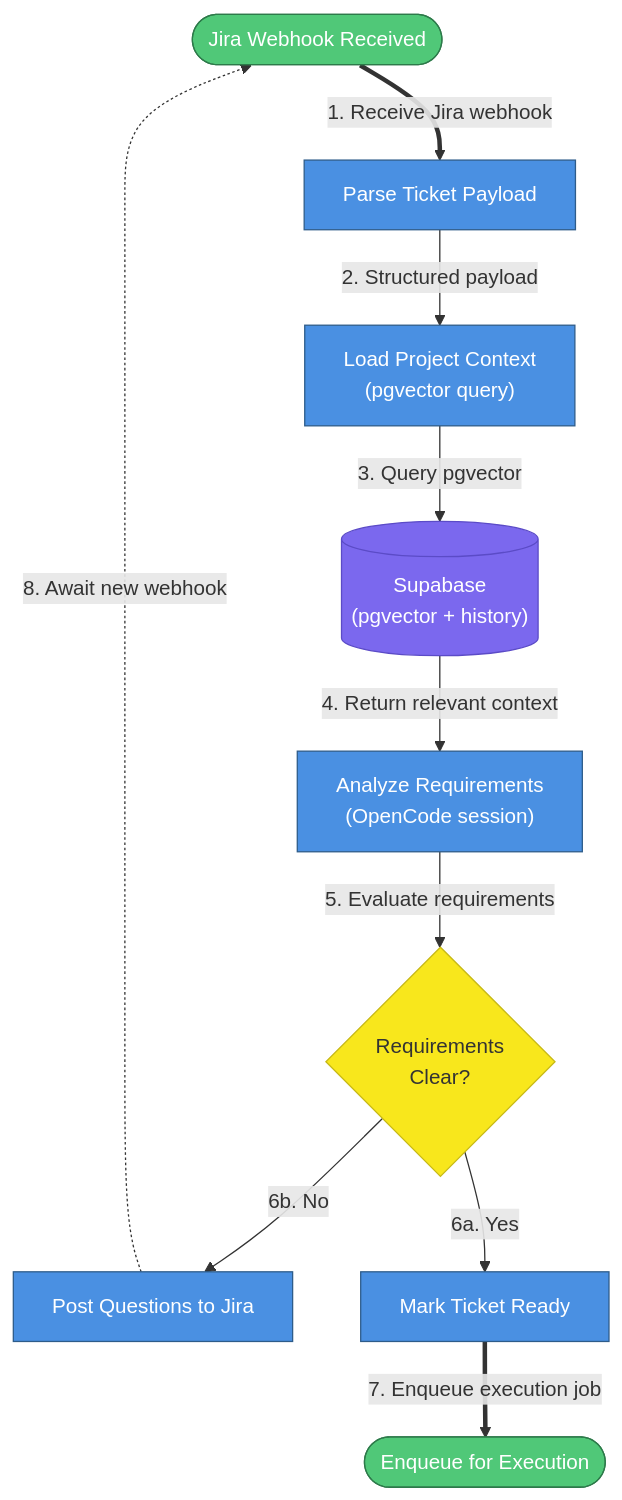
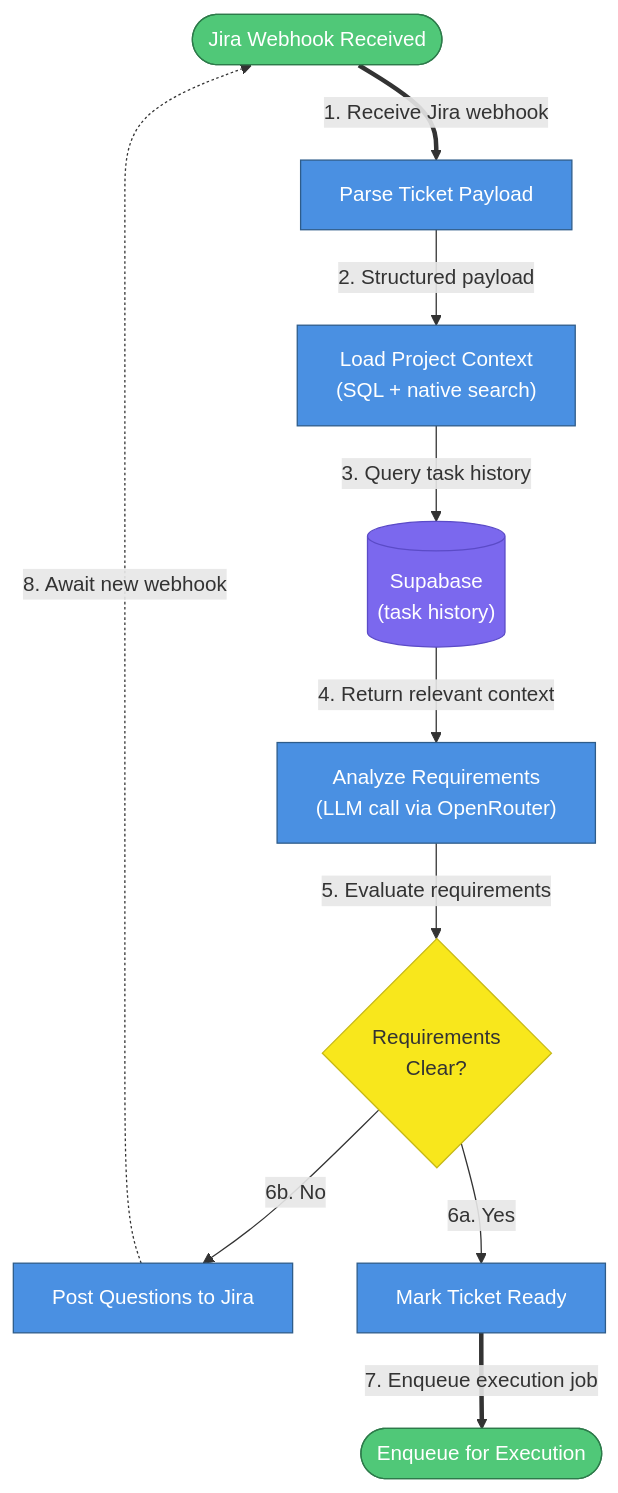
Before and after one commit to viiqswim/dozaldevs-ai-employee: the sixth of 15 diagrams in docs/2026-03-22-2317-ai-employee-architecture.md, drawn with Mermaid. The commit also changed other lines of this file, not shown here.

Commit message:
docs: fix agent model contradictions in architecture doc

````diff
--- a/docs/2026-03-22-2317-ai-employee-architecture.md
+++ b/docs/2026-03-22-2317-ai-employee-architecture.md
@@ -688,27 +690,27 @@
 ```mermaid
 flowchart TD
     WEBHOOK(["Jira Webhook Received"]):::event
     PARSE["Parse Ticket Payload"]:::service
-    ENRICH["Load Project Context\n(pgvector query)"]:::service
-    SUPABASE[("Supabase\n(pgvector + history)")]:::storage
-    ANALYZE["Analyze Requirements\n(OpenCode session)"]:::service
+    ENRICH["Load Project Context\n(SQL + native search)"]:::service
+    SUPABASE[("Supabase\n(task history)")]:::storage
+     ANALYZE["Analyze Requirements\n(LLM call via OpenRouter)"]:::service
     CLEAR{"Requirements\nClear?"}:::decision
     QUESTIONS["Post Questions to Jira"]:::service
     READY["Mark Ticket Ready"]:::service
     QUEUE_EXEC(["Enqueue for Execution"]):::event
 
     WEBHOOK ==>|"1. Receive Jira webhook"| PARSE
     PARSE -->|"2. Structured payload"| ENRICH
-    ENRICH -->|"3. Query pgvector"| SUPABASE
+    ENRICH -->|"3. Query task history"| SUPABASE
     SUPABASE -->|"4. Return relevant context"| ANALYZE
     ANALYZE -->|"5. Evaluate requirements"| CLEAR
     CLEAR -->|"6b. No"| QUESTIONS
     QUESTIONS -.->|"8. Await new webhook"| WEBHOOK
     CLEAR -->|"6a. Yes"| READY
     READY ==>|"7. Enqueue execution job"| QUEUE_EXEC
 
     classDef service fill:#4A90E2,stroke:#2E5C8A,color:#fff
     classDef storage fill:#7B68EE,stroke:#5B4BC7,color:#fff
     classDef event fill:#50C878,stroke:#2D7A4A,color:#fff
     classDef decision fill:#F8E71C,stroke:#C7B916,color:#333
 ```
````
